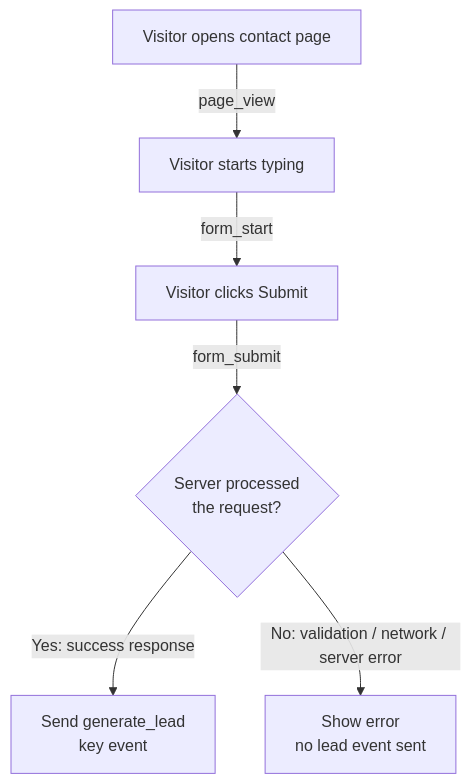
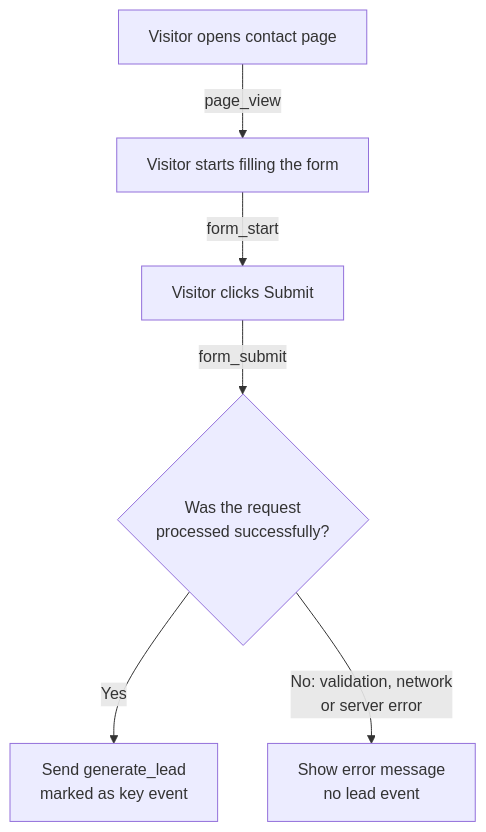
The second of 2 diagrams in docs/research/GA4_EVENT_TRACKING.md (savvytechinnovation/savvy-marketing-website), drawn with Mermaid before and after one commit. The commit also changed other lines of this file, not shown here.

First line of the commit message:
docs: restructure GA4 event tracking research to updated spec

````diff
--- a/docs/research/GA4_EVENT_TRACKING.md
+++ b/docs/research/GA4_EVENT_TRACKING.md
@@ -187,8 +188,8 @@
 ```mermaid
 flowchart TD
-    A[Visitor opens contact page] -->|page_view| B[Visitor starts typing]
+    A[Visitor opens contact page] -->|page_view| B[Visitor starts filling the form]
     B -->|form_start| C[Visitor clicks Submit]
-    C -->|form_submit| D{Server processed<br/>the request?}
-    D -->|Yes: success response| E[Send generate_lead<br/>key event]
-    D -->|No: validation / network / server error| F[Show error<br/>no lead event sent]
+    C -->|form_submit| D{Was the request<br/>processed successfully?}
+    D -->|Yes| E[Send generate_lead<br/>marked as key event]
+    D -->|No: validation, network<br/>or server error| F[Show error message<br/>no lead event]
 ```
````
